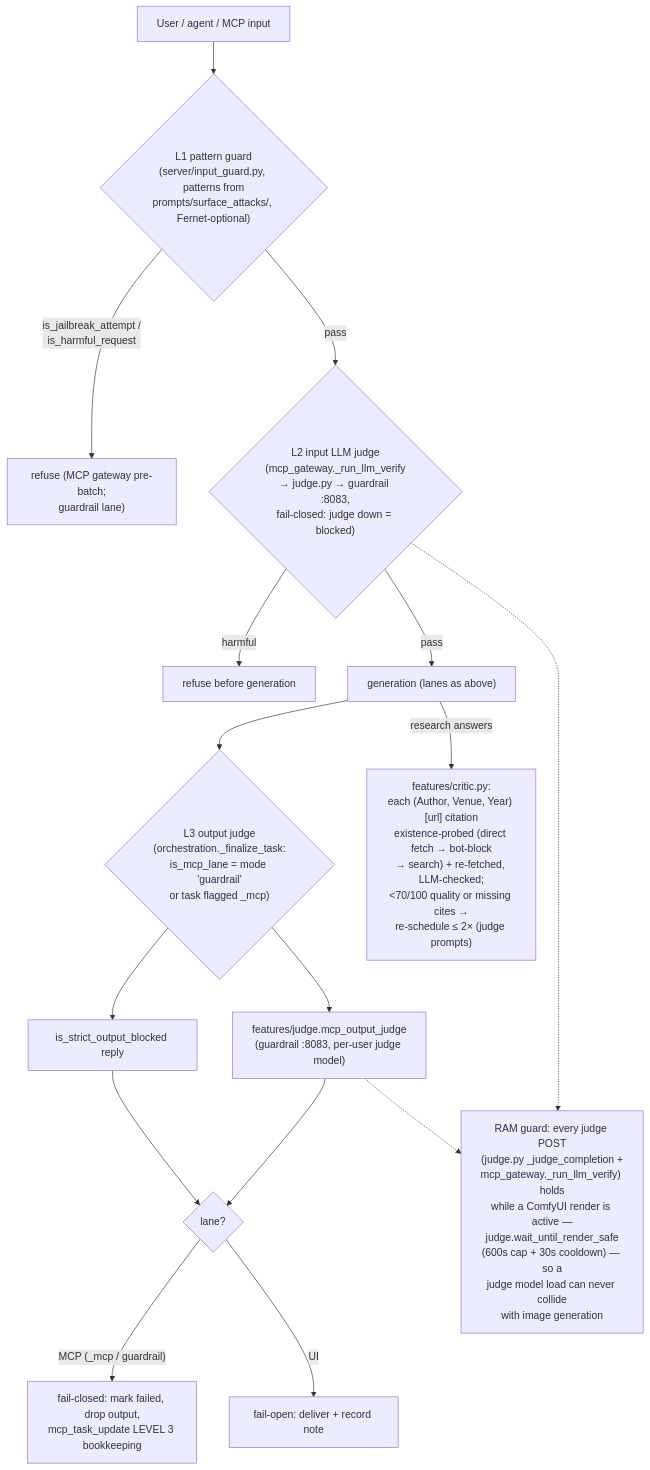
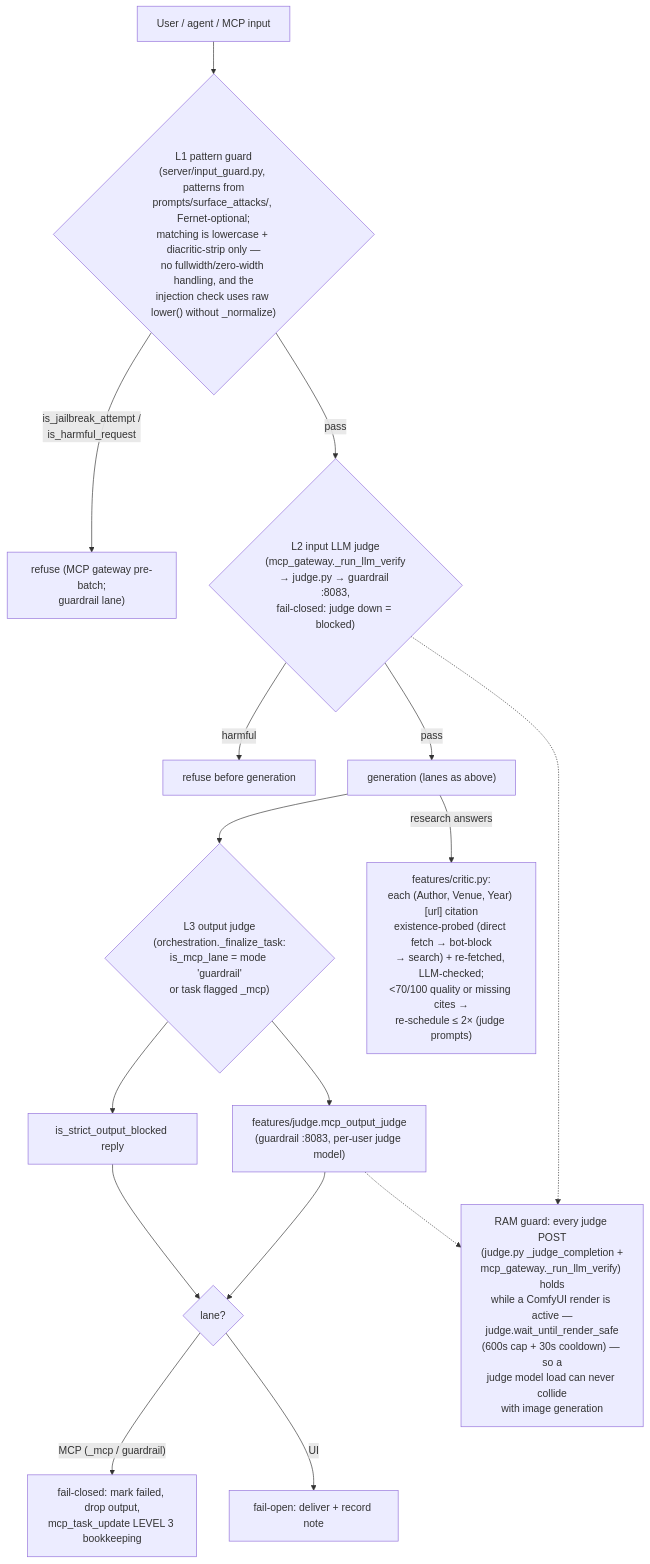
Diagram 13 of 13 in ARCHITECTURE.md (Palash90/local-ai), drawn with Mermaid before and after one commit. The commit also changed other lines of this file and 9 other files, not shown here.

Commit message:
Docs: whole-codebase sync (README/ARCHITECTURE/TEST_STEPS/sso/startup); fix tools re import, fetch parse consts, vite proxy port, mcp dummy typo (#12)

````diff
--- a/ARCHITECTURE.md
+++ b/ARCHITECTURE.md
@@ -495,18 +504,18 @@
 ```mermaid
 graph TD
-    In["User / agent / MCP input"] --> L1{"L1 pattern guard\n(server/input_guard.py, patterns from\nprompts/surface_attacks/, Fernet-optional)"}
+    In["User / agent / MCP input"] --> L1{"L1 pattern guard\n(server/input_guard.py, patterns from\nprompts/surface_attacks/, Fernet-optional;\nmatching is lowercase + diacritic-strip only —\nno fullwidth/zero-width handling, and the\ninjection check uses raw lower() without _normalize)"}
     L1 -- "is_jailbreak_attempt /\nis_harmful_request" --> Block1["refuse (MCP gateway pre-batch;\nguardrail lane)"]
     L1 -- pass --> L2{"L2 input LLM judge\n(mcp_gateway._run_llm_verify\n→ judge.py → guardrail :8083,\nfail-closed: judge down = blocked)"}
     L2 -- harmful --> Block2["refuse before generation"]
     L2 -- pass --> Gen["generation (lanes as above)"]
     Gen --> L3{"L3 output judge\n(orchestration._finalize_task:\nis_mcp_lane = mode 'guardrail'\nor task flagged _mcp)"}
     L3 --> Strict["is_strict_output_blocked reply"]
     L3 --> Judge["features/judge.mcp_output_judge\n(guardrail :8083, per-user judge model)"]
     Strict & Judge --> Lane{"lane?"}
     Lane -- "MCP (_mcp / guardrail)" --> FC["fail-closed: mark failed, drop output,\nmcp_task_update LEVEL 3 bookkeeping"]
     Lane -- "UI" --> FO["fail-open: deliver + record note"]
     Gen -->|"research answers"| Critic["features/critic.py:\neach (Author, Venue, Year) [url] citation\nexistence-probed (direct fetch → bot-block\n→ search) + re-fetched, LLM-checked;\n<70/100 quality or missing cites →\nre-schedule ≤ 2× (judge prompts)"]
     RAM["RAM guard: every judge POST\n(judge.py _judge_completion +\nmcp_gateway._run_llm_verify) holds\nwhile a ComfyUI render is active —\njudge.wait_until_render_safe\n(600s cap + 30s cooldown) — so a\njudge model load can never collide\nwith image generation"]
     L2 -.-> RAM
     Judge -.-> RAM
 ```
````
